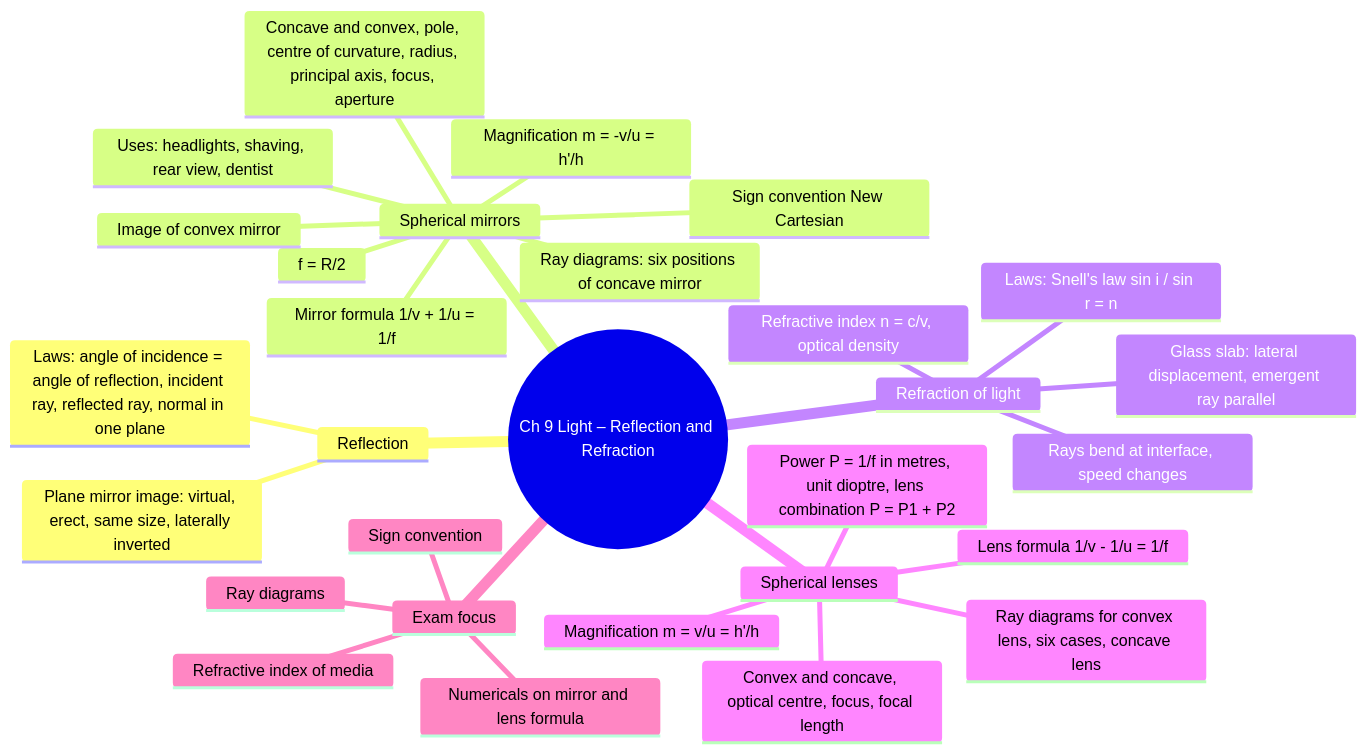
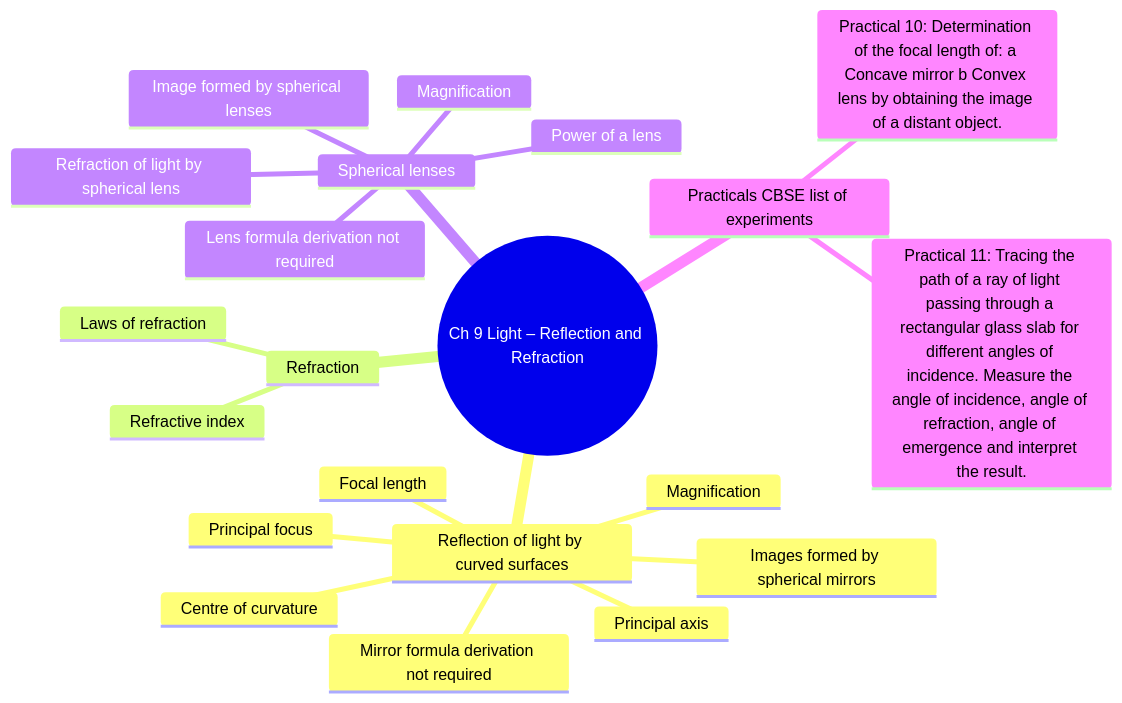
Before and after one commit to anveshix/ifinite-horizon: the diagram in docs/chapters/X-09-light-reflection-and-refraction.md, drawn with Mermaid. The commit also changed other lines of this file and 22 other files, not shown here.

First line of the commit message:
fix(mindmap): rebuild Class X deep maps from the CBSE 2026-27 PDF; correct formative-only scope (Evolution, Motor/EMI/Generator only); add PDF-derived inventory

````diff
--- a/docs/chapters/X-09-light-reflection-and-refraction.md
+++ b/docs/chapters/X-09-light-reflection-and-refraction.md
@@ -5,32 +5,24 @@
 ```mermaid
 mindmap
   root((Ch 9 Light – Reflection and Refraction))
-    Reflection
-      Laws: angle of incidence = angle of reflection, incident ray, reflected ray, normal in one plane
-      Plane mirror image: virtual, erect, same size, laterally inverted
-    Spherical mirrors
-      Concave and convex, pole, centre of curvature, radius, principal axis, focus, aperture
-      f = R/2
-      Ray diagrams: six positions of concave mirror
-      Image of convex mirror
-      Sign convention New Cartesian
-      Mirror formula 1/v + 1/u = 1/f
-      Magnification m = -v/u = h'/h
-      Uses: headlights, shaving, rear view, dentist
-    Refraction of light
-      Rays bend at interface, speed changes
-      Laws: Snell's law sin i / sin r = n
-      Refractive index n = c/v, optical density
-      Glass slab: lateral displacement, emergent ray parallel
+    Reflection of light by curved surfaces
+      Images formed by spherical mirrors
+      Centre of curvature
+      Principal axis
+      Principal focus
+      Focal length
+      Mirror formula derivation not required
+      Magnification
+    Refraction
+      Laws of refraction
+      Refractive index
     Spherical lenses
-      Convex and concave, optical centre, focus, focal length
-      Ray diagrams for convex lens, six cases, concave lens
-      Lens formula 1/v - 1/u = 1/f
-      Magnification m = v/u = h'/h
-      Power P = 1/f in metres, unit dioptre, lens combination P = P1 + P2
-    Exam focus
-      Numericals on mirror and lens formula
-      Ray diagrams
-      Sign convention
-      Refractive index of media
+      Refraction of light by spherical lens
+      Image formed by spherical lenses
+      Lens formula derivation not required
+      Magnification
+      Power of a lens
+    Practicals CBSE list of experiments
+      Practical 10: Determination of the focal length of: a Concave mirror b Convex lens by obtaining the image of a distant object.
+      Practical 11: Tracing the path of a ray of light passing through a rectangular glass slab for different angles of incidence. Measure the angle of incidence, angle of refraction, angle of emergence and interpret the result.
 ```
````
